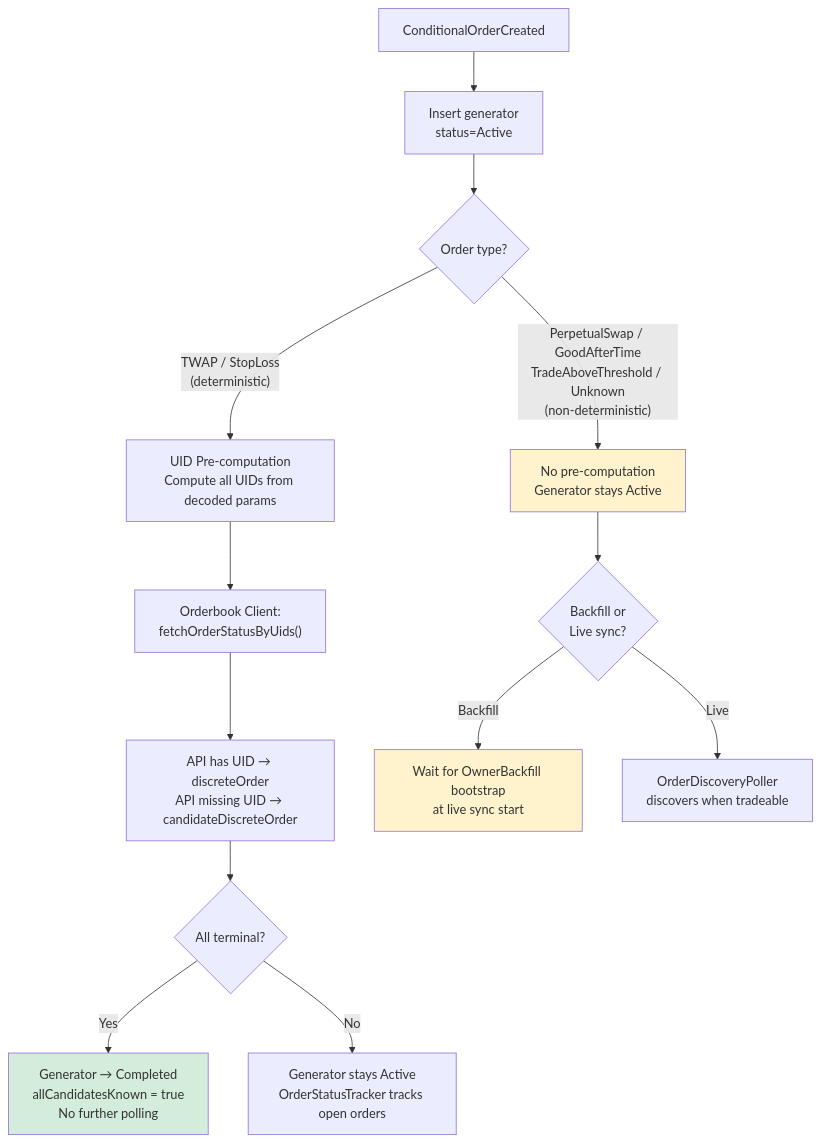
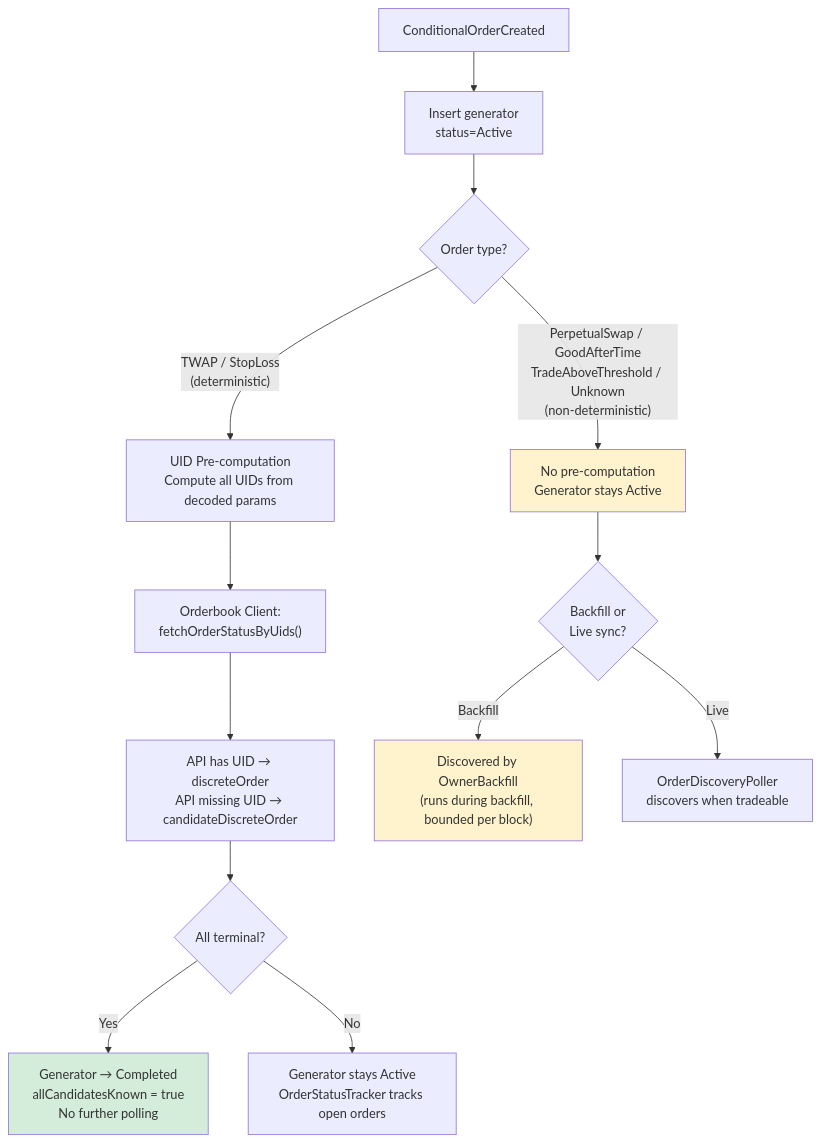
Before and after one commit to bleu/cow-programmatic-orders-api: the second of 7 diagrams in agent_docs/orderbook-integration-flow.md, drawn with Mermaid. The commit also changed other lines of this file and 14 other files, not shown here.

````diff
--- a/agent_docs/orderbook-integration-flow.md
+++ b/agent_docs/orderbook-integration-flow.md
@@ -460,23 +485,23 @@
 ```mermaid
 flowchart TD
     E["ConditionalOrderCreated"] --> Insert["Insert generator<br/>status=Active"]
 
     Insert --> Check{"Order type?"}
 
     Check -->|"TWAP / StopLoss<br/>(deterministic)"| Pre["UID Pre-computation<br/>Compute all UIDs from decoded params"]
     Check -->|"PerpetualSwap / GoodAfterTime<br/>TradeAboveThreshold / Unknown<br/>(non-deterministic)"| Skip["No pre-computation<br/>Generator stays Active"]
 
     Pre --> API["Orderbook Client:<br/>fetchOrderStatusByUids()"]
     API --> Upsert["API has UID → discreteOrder<br/>API missing UID → candidateDiscreteOrder"]
     Upsert --> Term{"All terminal?"}
     Term -->|Yes| Deactivate["Generator → Completed<br/>allCandidatesKnown = true<br/>No further polling"]
     Term -->|No| Active["Generator stays Active<br/>OrderStatusTracker tracks open orders"]
 
     Skip --> BackfillQ{"Backfill or<br/>Live sync?"}
-    BackfillQ -->|Backfill| Wait["Wait for OwnerBackfill bootstrap<br/>at live sync start"]
+    BackfillQ -->|Backfill| Wait["Discovered by OwnerBackfill<br/>(runs during backfill, bounded per block)"]
     BackfillQ -->|Live| Poll["OrderDiscoveryPoller<br/>discovers when tradeable"]
 
     style Deactivate fill:#d4edda
     style Skip fill:#fff3cd
     style Wait fill:#fff3cd
 ```
````
